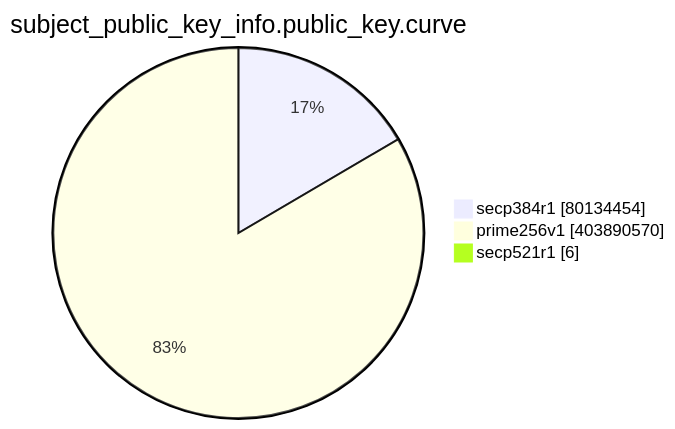
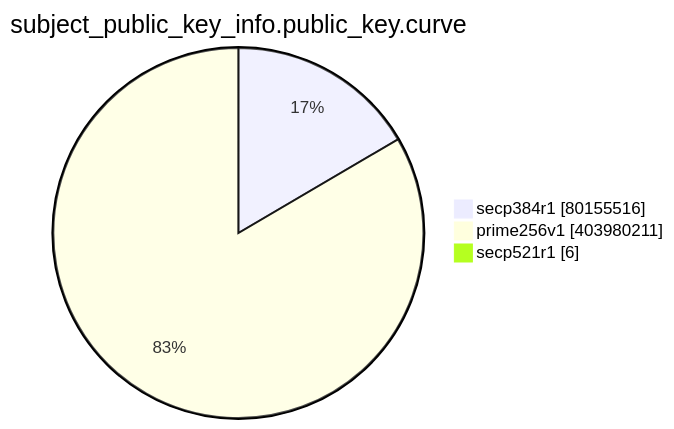
One commit to christiankrug/ctmonitor_visualization changed the eighth of 15 diagrams in TOTAL/README.md. Above: the diagram before and after it, drawn with Mermaid. The commit also changed other lines of this file, not shown here.

````diff
--- a/TOTAL/README.md
+++ b/TOTAL/README.md
@@ -3095,7 +3095,7 @@
 ```mermaid
 pie showData
 title subject_public_key_info.public_key.curve
-"secp384r1" :80134454
-"prime256v1" :403890570
+"secp384r1" :80155516
+"prime256v1" :403980211
 "secp521r1" :6
 ```
````
